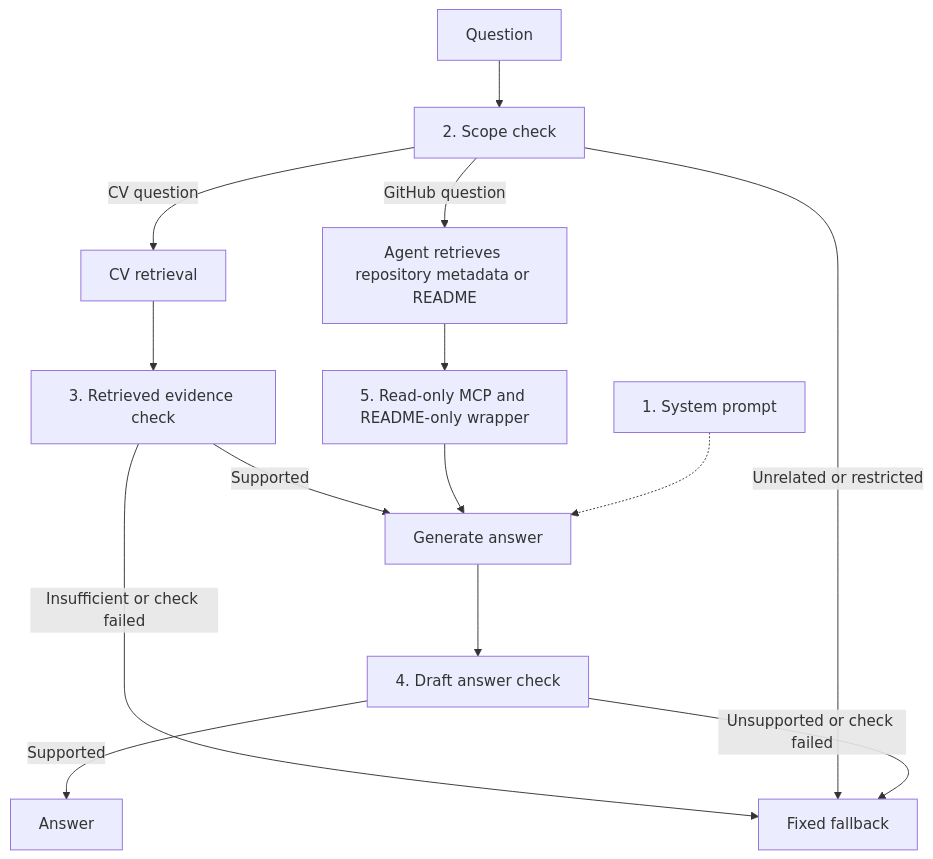
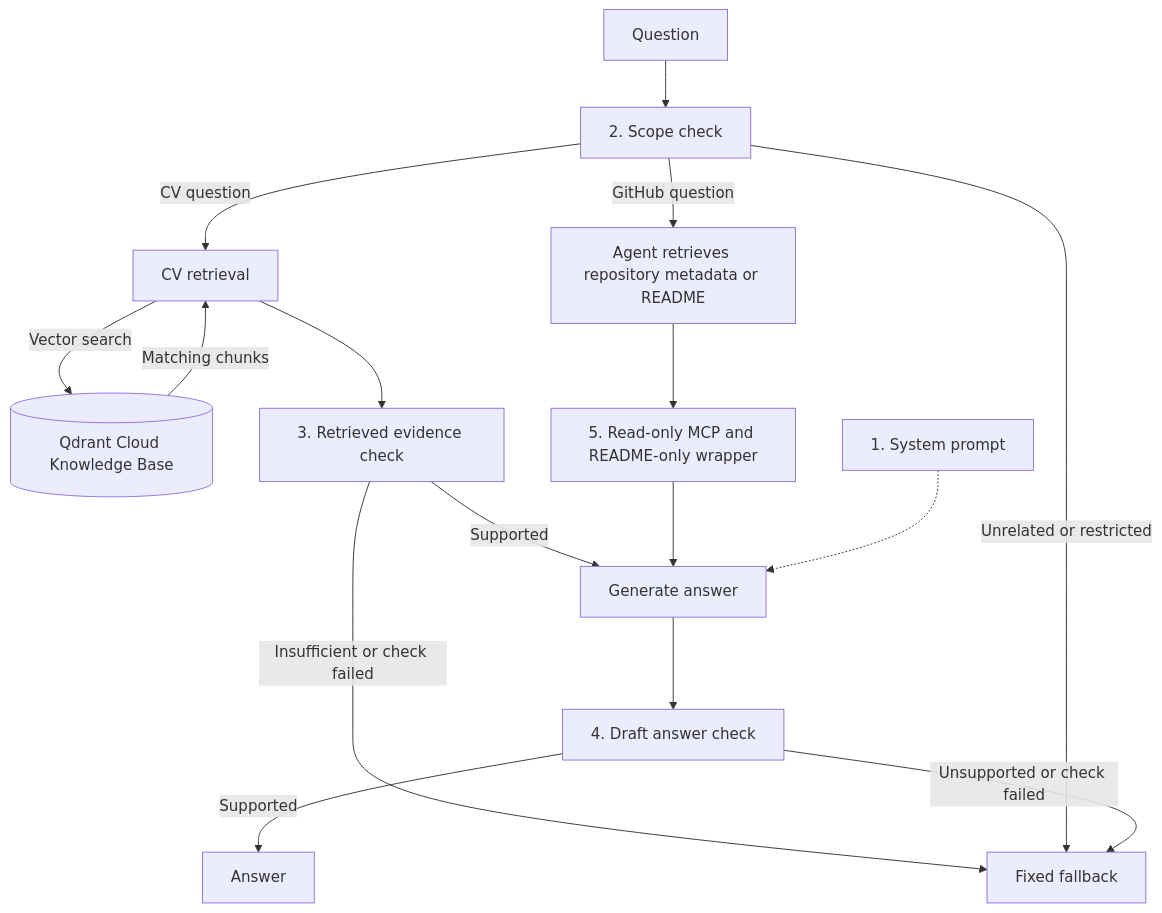
The second of 2 diagrams in README.md (ehsantaati/talking-cv-demo), drawn with Mermaid before and after one commit. The commit also changed other lines of this file, not shown here.

First line of the commit message:
Revise README with Qdrant integration details

````diff
--- a/README.md
+++ b/README.md
@@ -60,16 +139,18 @@
 ```mermaid
 flowchart TD
     Q[Question] --> C[2. Scope check]
     C -->|CV question| R[CV retrieval]
+    R -->|Vector search| KB[(Qdrant Cloud Knowledge Base)]
+    KB -->|Matching chunks| R
     R --> E[3. Retrieved evidence check]
     E -->|Supported| A[Generate answer]
     E -->|Insufficient or check failed| F[Fixed fallback]
     C -->|Unrelated or restricted| F[Fixed fallback]
     C -->|GitHub question| G[Agent retrieves repository metadata or README]
     G --> T[5. Read-only MCP and README-only wrapper]
     T --> A
     P[1. System prompt] -.-> A
     A --> V[4. Draft answer check]
     V -->|Supported| O[Answer]
     V -->|Unsupported or check failed| F
 ```
````
